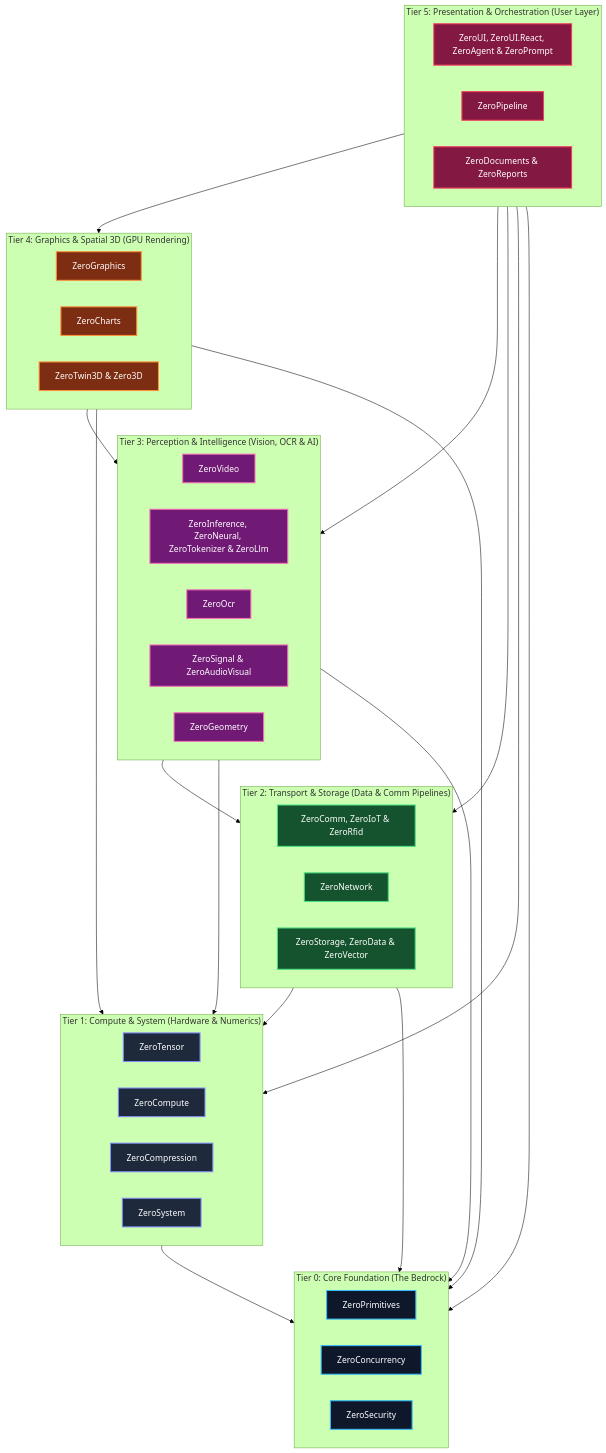
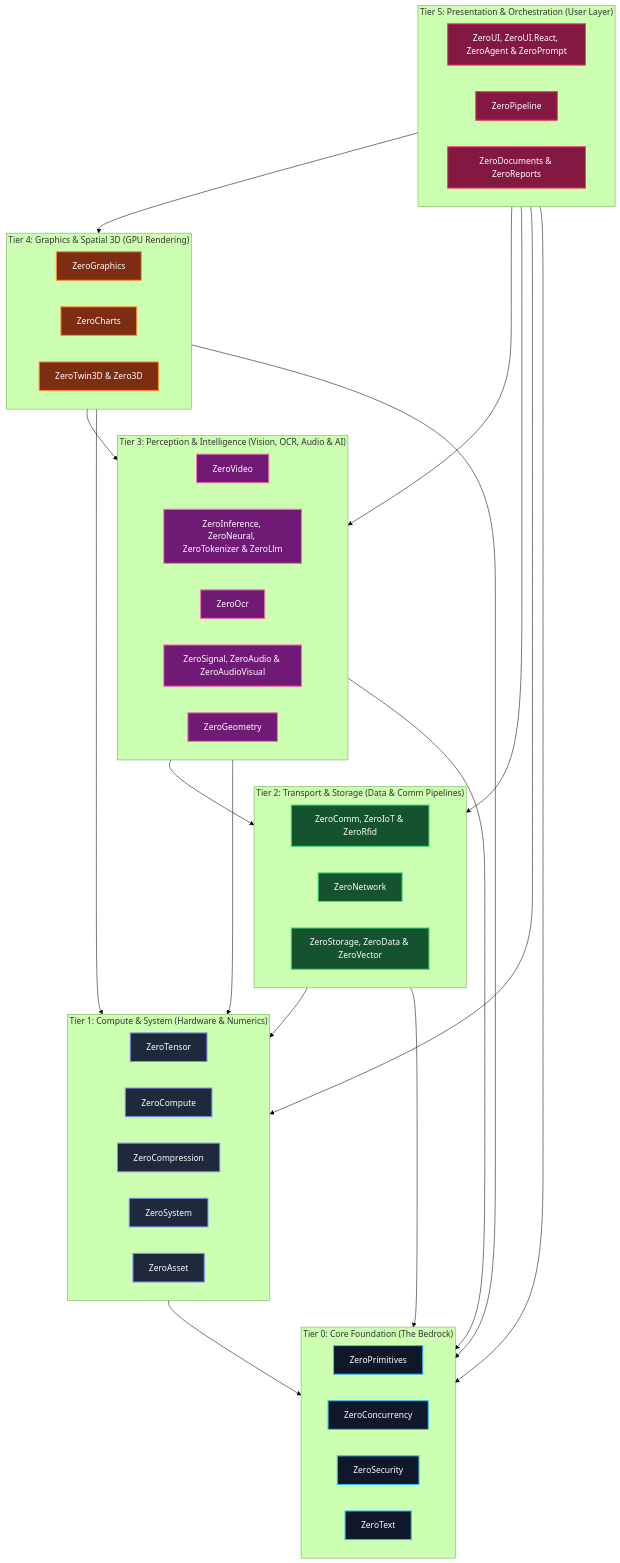
One commit to kzxl/ZeroPlatform changed the first of 2 diagrams in README.md. Above: the diagram before and after it, drawn with Mermaid (forest theme). The commit also changed other lines of this file and 5 other files, not shown here.

Commit message:
docs: synchronize 37-subsystem ecosystem architecture and cross-library synergy combinations

````diff
--- a/README.md
+++ b/README.md
@@ -17,54 +17,56 @@
 ```mermaid
 graph TD
     classDef l0 fill:#0f172a,stroke:#38bdf8,stroke-width:2px,color:#fff;
     classDef l1 fill:#1e293b,stroke:#818cf8,stroke-width:2px,color:#fff;
     classDef l2 fill:#14532d,stroke:#4ade80,stroke-width:2px,color:#fff;
     classDef l3 fill:#701a75,stroke:#f472b6,stroke-width:2px,color:#fff;
     classDef l4 fill:#7c2d12,stroke:#fb923c,stroke-width:2px,color:#fff;
     classDef l5 fill:#831843,stroke:#f43f5e,stroke-width:2px,color:#fff;
 
     subgraph L5 ["Tier 5: Presentation & Orchestration (User Layer)"]
         UI["ZeroUI, ZeroUI.React, ZeroAgent & ZeroPrompt"]:::l5
         Pipe["ZeroPipeline"]:::l5
         Docs["ZeroDocuments & ZeroReports"]:::l5
     end
 
     subgraph L4 ["Tier 4: Graphics & Spatial 3D (GPU Rendering)"]
         Gfx["ZeroGraphics"]:::l4
         Charts["ZeroCharts"]:::l4
         Twin["ZeroTwin3D & Zero3D"]:::l4
     end
 
-    subgraph L3 ["Tier 3: Perception & Intelligence (Vision, OCR & AI)"]
+    subgraph L3 ["Tier 3: Perception & Intelligence (Vision, OCR, Audio & AI)"]
         Video["ZeroVideo"]:::l3
         Infer["ZeroInference, ZeroNeural, ZeroTokenizer & ZeroLlm"]:::l3
         Ocr["ZeroOcr"]:::l3
-        Sig["ZeroSignal & ZeroAudioVisual"]:::l3
+        Sig["ZeroSignal, ZeroAudio & ZeroAudioVisual"]:::l3
         Geom["ZeroGeometry"]:::l3
     end
 
     subgraph L2 ["Tier 2: Transport & Storage (Data & Comm Pipelines)"]
         Comm["ZeroComm, ZeroIoT & ZeroRfid"]:::l2
         Net["ZeroNetwork"]:::l2
         Store["ZeroStorage, ZeroData & ZeroVector"]:::l2
     end
 
     subgraph L1 ["Tier 1: Compute & System (Hardware & Numerics)"]
         Tensor["ZeroTensor"]:::l1
         Comp["ZeroCompute"]:::l1
         Compres["ZeroCompression"]:::l1
         Sys["ZeroSystem"]:::l1
+        Asset["ZeroAsset"]:::l1
     end
 
     subgraph L0 ["Tier 0: Core Foundation (The Bedrock)"]
         Prim["ZeroPrimitives"]:::l0
         Conc["ZeroConcurrency"]:::l0
         Sec["ZeroSecurity"]:::l0
+        Txt["ZeroText"]:::l0
     end
 
     L5 --> L4 & L3 & L2 & L1 & L0
     L4 --> L3 & L1 & L0
     L3 --> L2 & L1 & L0
     L2 --> L1 & L0
     L1 --> L0
 ```
````
